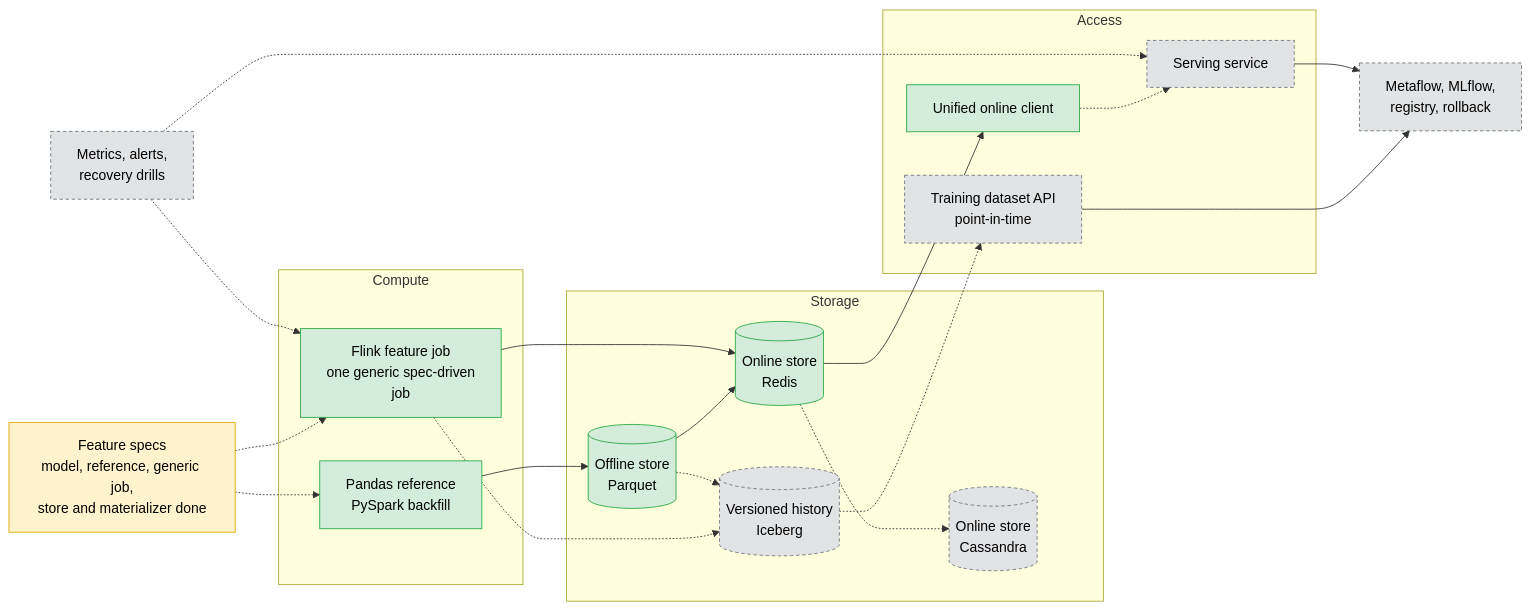
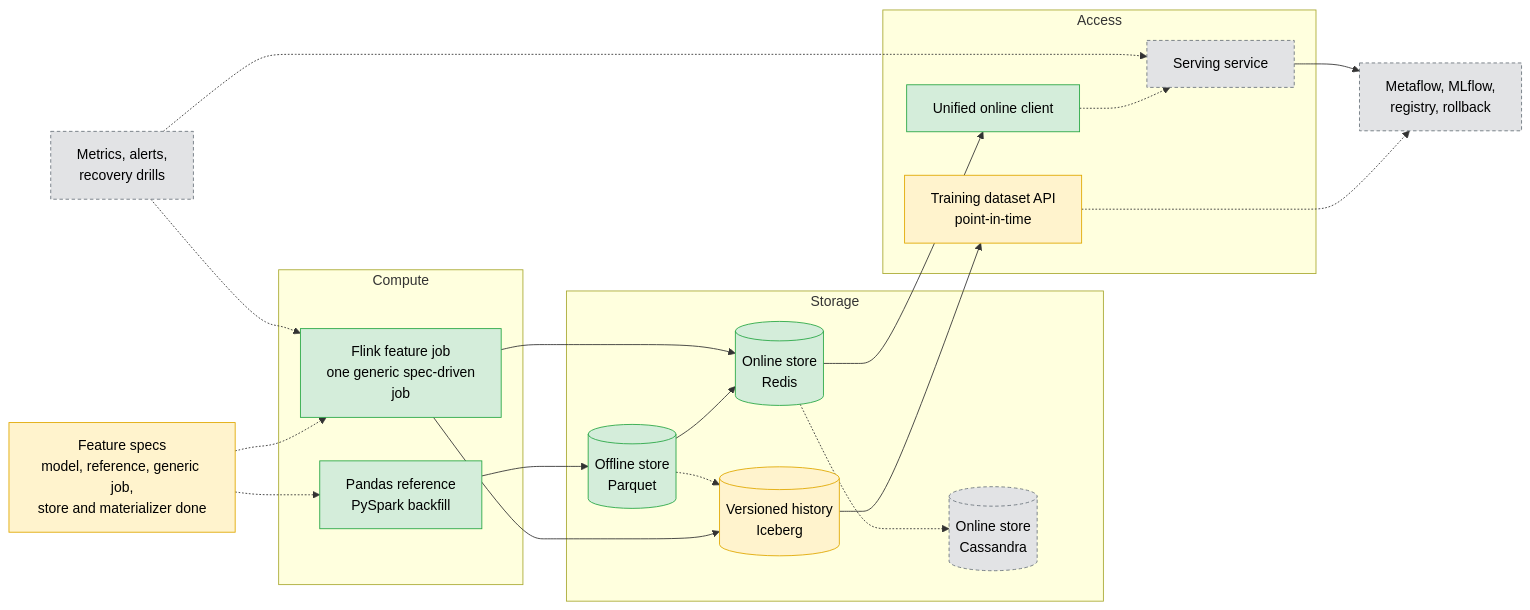
The first of 4 diagrams in docs/PLATFORM_BLUEPRINT.md (oster-dev/featureforge), drawn with Mermaid before and after one commit. The commit also changed other lines of this file and 9 other files, not shown here.

Commit message:
docs: bring all documents up to date with history, labels and training datasets (#64)

````diff
--- a/docs/PLATFORM_BLUEPRINT.md
+++ b/docs/PLATFORM_BLUEPRINT.md
@@ -45,40 +47,40 @@
 ```mermaid
 flowchart LR
     SPEC["Feature specs<br/>model, reference, generic job,<br/>store and materializer done"]:::wip
 
     subgraph Compute
         BATCH[Pandas reference<br/>PySpark backfill]:::done
         STREAM[Flink feature job<br/>one generic spec-driven<br/>job]:::done
     end
 
     subgraph Storage
         OFF[(Offline store<br/>Parquet)]:::done
-        HIST[(Versioned history<br/>Iceberg)]:::plan
+        HIST[(Versioned history<br/>Iceberg)]:::wip
         ON[(Online store<br/>Redis)]:::done
         ON2[(Online store<br/>Cassandra)]:::plan
     end
 
     subgraph Access
         CLIENT[Unified online client]:::done
-        DATASET[Training dataset API<br/>point-in-time]:::plan
+        DATASET[Training dataset API<br/>point-in-time]:::wip
         SERVICE[Serving service]:::plan
     end
 
     ML[Metaflow, MLflow,<br/>registry, rollback]:::plan
     OBS[Metrics, alerts,<br/>recovery drills]:::plan
 
     SPEC -.-> BATCH & STREAM
     BATCH --> OFF --> ON
     STREAM --> ON
-    STREAM -.-> HIST
+    STREAM --> HIST
     OFF -.-> HIST
     ON --> CLIENT
     ON -.-> ON2
-    HIST -.-> DATASET --> ML
+    HIST --> DATASET -.-> ML
     CLIENT -.-> SERVICE --> ML
     OBS -.-> STREAM & SERVICE
 
     classDef done fill:#d4edda,stroke:#28a745,color:#000
     classDef wip fill:#fff3cd,stroke:#e0a800,color:#000
     classDef plan fill:#e2e3e5,stroke:#6c757d,color:#000,stroke-dasharray: 4 3
 ```
````
